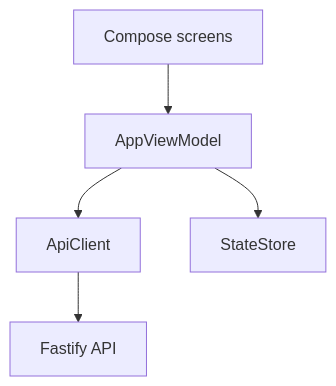
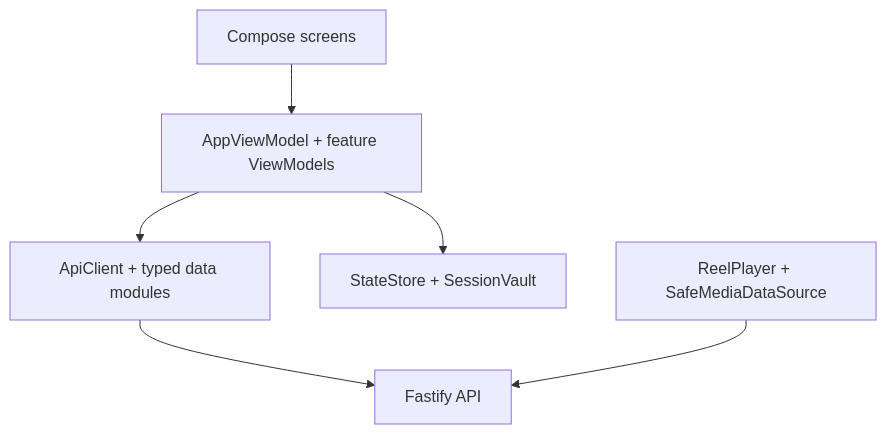
One commit to KnowScroll/knowscroll changed diagram 15 of 16 in docs/flowwalk/knowscroll-codebase-architecture-guide.md. Above: the diagram before and after it, drawn with Mermaid. The commit also changed other lines of this file, not shown here.

Commit message:
docs: refresh architecture guide for current system (#72)

````diff
--- a/docs/flowwalk/knowscroll-codebase-architecture-guide.md
+++ b/docs/flowwalk/knowscroll-codebase-architecture-guide.md
@@ -835,7 +607,8 @@
 ```mermaid
 flowchart TD
-    Compose[Compose screens] --> VM[AppViewModel]
-    VM --> API[ApiClient]
-    VM --> Store[StateStore]
-    API --> Server[Fastify API]
+  Screens[Compose screens] --> VMs[AppViewModel + feature ViewModels]
+  VMs --> Data[ApiClient + typed data modules]
+  VMs --> Store[StateStore + SessionVault]
+  Data --> API[Fastify API]
+  Reel[ReelPlayer + SafeMediaDataSource] --> API
 ```
````
